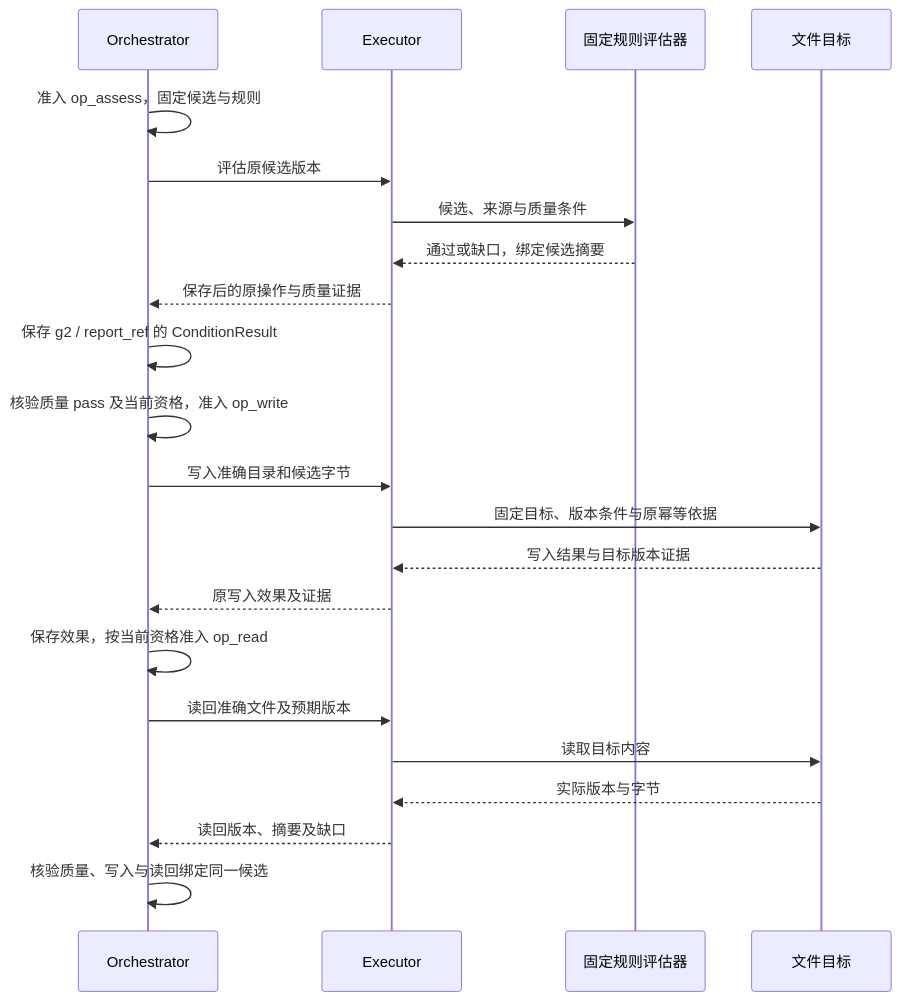
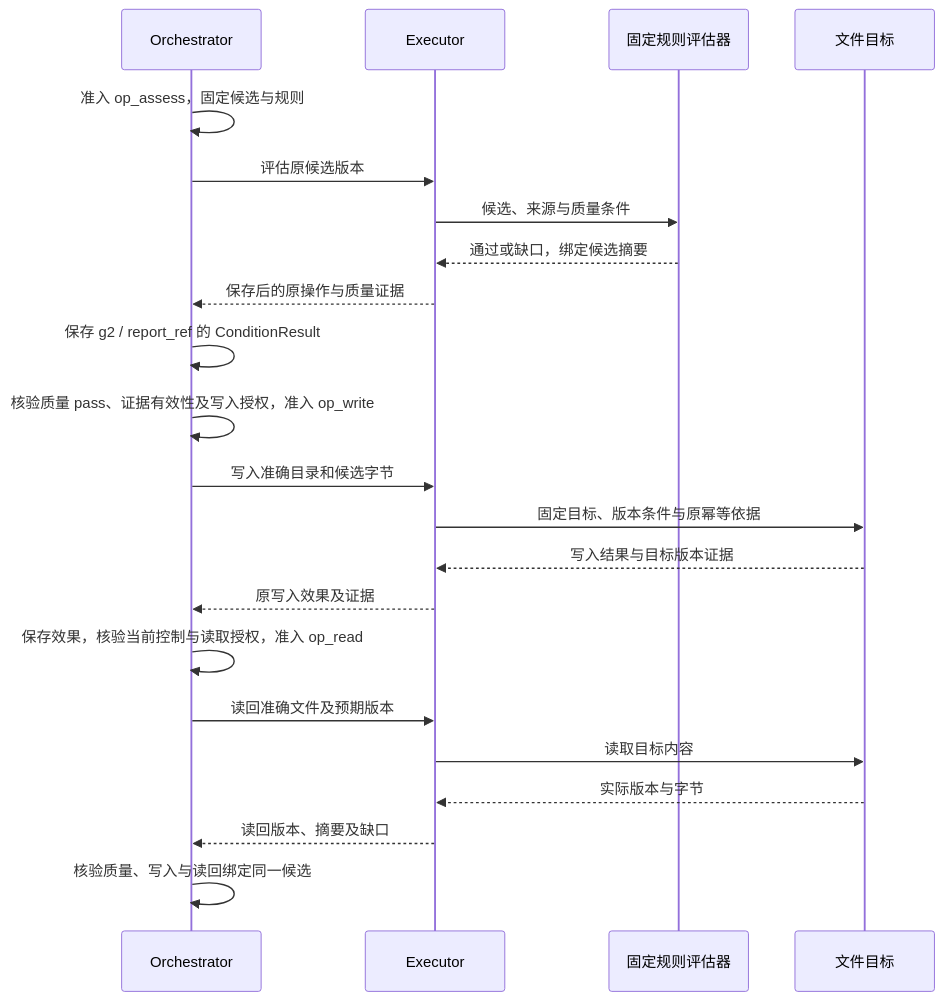
One commit to ruipengliu/lerna changed the second of 4 diagrams in docs/architecture/walkthrough.md. Above: the diagram before and after it, drawn with Mermaid. The commit also changed other lines of this file and 205 other files, not shown here.

Commit message:
docs: unify architecture terminology

````diff
--- a/docs/architecture/walkthrough.md
+++ b/docs/architecture/walkthrough.md
@@ -58,24 +58,24 @@
 ```mermaid
 sequenceDiagram
     participant H as Orchestrator
     participant E as Executor
     participant Q as 固定规则评估器
     participant F as 文件目标
     H->>H: 准入 op_assess，固定候选与规则
     H->>E: 评估原候选版本
     E->>Q: 候选、来源与质量条件
     Q-->>E: 通过或缺口，绑定候选摘要
     E-->>H: 保存后的原操作与质量证据
     H->>H: 保存 g2 / report_ref 的 ConditionResult
-    H->>H: 核验质量 pass 及当前资格，准入 op_write
+    H->>H: 核验质量 pass、证据有效性及写入授权，准入 op_write
     H->>E: 写入准确目录和候选字节
     E->>F: 固定目标、版本条件与原幂等依据
     F-->>E: 写入结果与目标版本证据
     E-->>H: 原写入效果及证据
-    H->>H: 保存效果，按当前资格准入 op_read
+    H->>H: 保存效果，核验当前控制与读取授权，准入 op_read
     H->>E: 读回准确文件及预期版本
     E->>F: 读取目标内容
     F-->>E: 实际版本与字节
     E-->>H: 读回版本、摘要及缺口
     H->>H: 核验质量、写入与读回绑定同一候选
 ```
````
